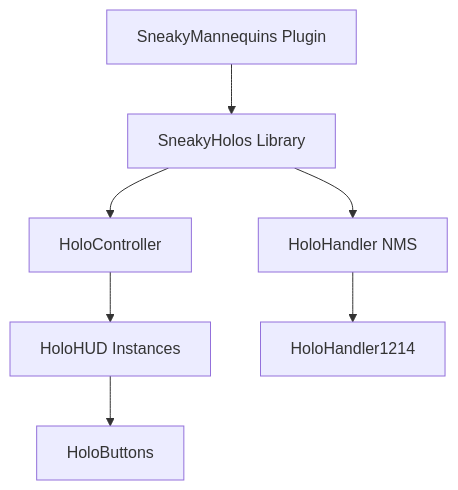
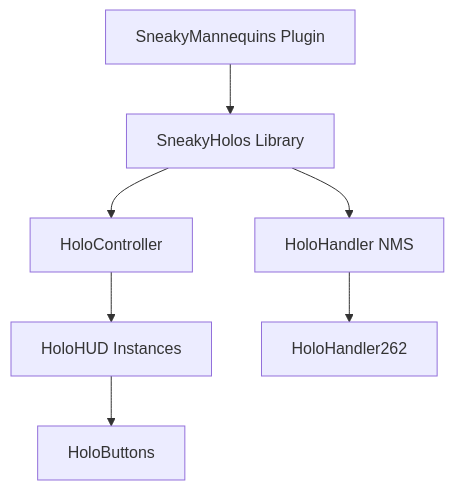
Before and after one commit to Team-Sneakymouse/HoloUX-Workspace: the diagram in README.md, drawn with Mermaid. The commit also changed 4 other files, not shown here.

````diff
--- a/README.md
+++ b/README.md
@@ -42,9 +42,9 @@
 ```mermaid
 graph TD
     SM[SneakyMannequins Plugin] --> HUI[SneakyHolos Library]
     HUI --> HC[HoloController]
     HC --> HUD[HoloHUD Instances]
     HUD --> HB[HoloButtons]
     HUI --> HH[HoloHandler NMS]
-    HH --> HH1214[HoloHandler1214]
+    HH --> HH262[HoloHandler262]
 ```
````
